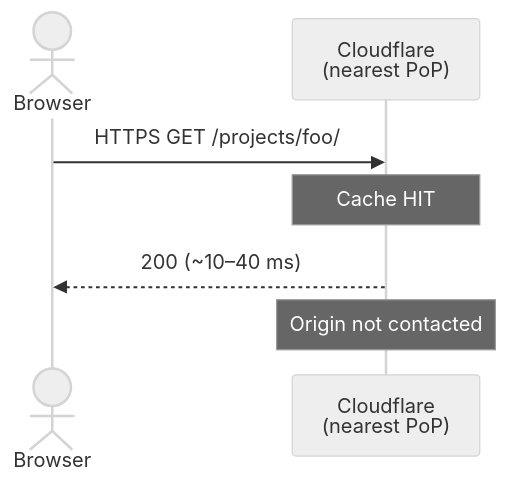
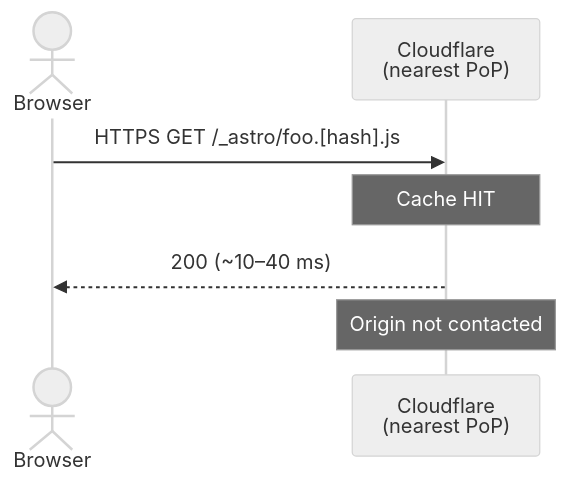
Before and after one commit to farulivan/norven: the third of 4 diagrams in docs/deployment.md, drawn with Mermaid (neutral theme). The commit also changed other lines of this file, not shown here.

````diff
--- a/docs/deployment.md
+++ b/docs/deployment.md
@@ -82,10 +84,10 @@
 ```mermaid
 sequenceDiagram
     actor B as Browser
     participant CF as Cloudflare<br/>(nearest PoP)
 
-    B->>CF: HTTPS GET /projects/foo/
+    B->>CF: HTTPS GET /_astro/foo.[hash].js
     Note over CF: Cache HIT
     CF-->>B: 200 (~10–40 ms)
     Note over CF: Origin not contacted
 ```
````
